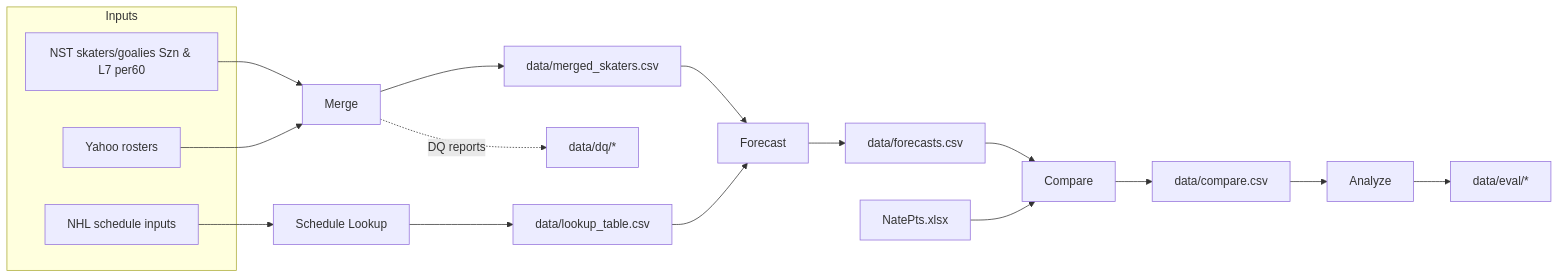
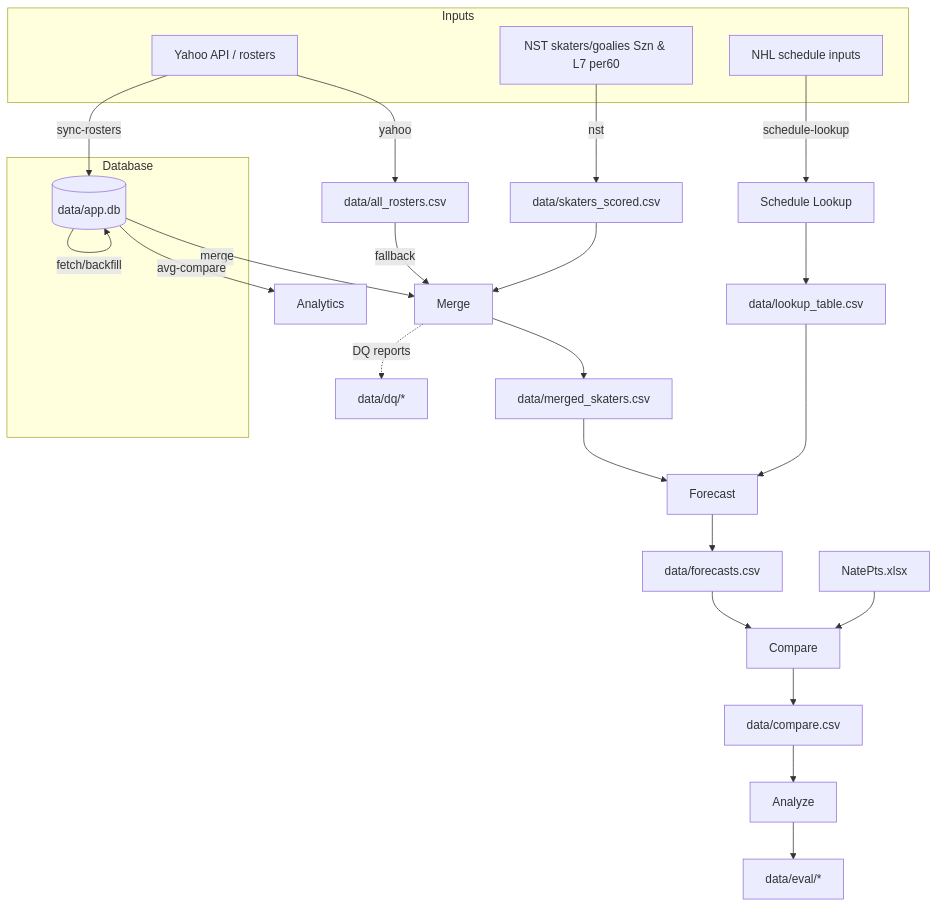
The diagram in docs/PROCESS.md (dsoluk/NSTstats), drawn with Mermaid before and after one commit. The commit also changed other lines of this file and 72 other files, not shown here.

````diff
--- a/docs/PROCESS.md
+++ b/docs/PROCESS.md
@@ -188,28 +228,42 @@
 ```mermaid
-flowchart LR
+flowchart TD
   subgraph Inputs
     NST[NST skaters/goalies Szn & L7 per60]
-    Yahoo[Yahoo rosters]
+    Yahoo[Yahoo API / rosters]
     SchedSrc[NHL schedule inputs]
   end
 
-  NST --> Merge
-  Yahoo --> Merge
+  subgraph Database
+    DB[(data/app.db)]
+  end
+
+  Yahoo -- sync-rosters --> DB
+  Yahoo -- yahoo --> RosterCSV[data/all_rosters.csv]
+
+  NST -- nst --> Scored[data/skaters_scored.csv]
+  
+  DB -- merge --> Merge
+  RosterCSV -- fallback --> Merge
+  Scored --> Merge
+  
   Merge --> Merged[data/merged_skaters.csv]
 
-  SchedSrc --> Sched[Schedule Lookup]
+  SchedSrc -- schedule-lookup --> Sched[Schedule Lookup]
   Sched --> Lookup[data/lookup_table.csv]
 
   Merged --> Forecast
   Lookup --> Forecast
   Forecast --> FCSV[data/forecasts.csv]
 
   FCSV --> Compare
   Proj[NatePts.xlsx] --> Compare
   Compare --> CCsv[data/compare.csv]
 
   CCsv --> Analyze
   Analyze --> Eval[data/eval/*]
 
   Merge -. DQ reports .-> DQ[data/dq/*]
+  
+  DB -- avg-compare --> Analytics
+  DB -- fetch/backfill --> DB
 ```
````
